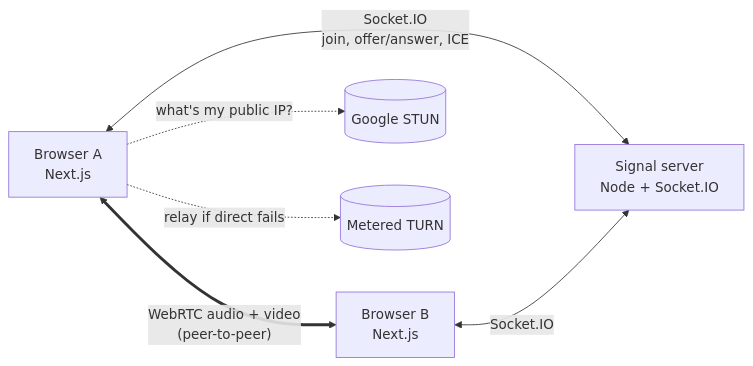
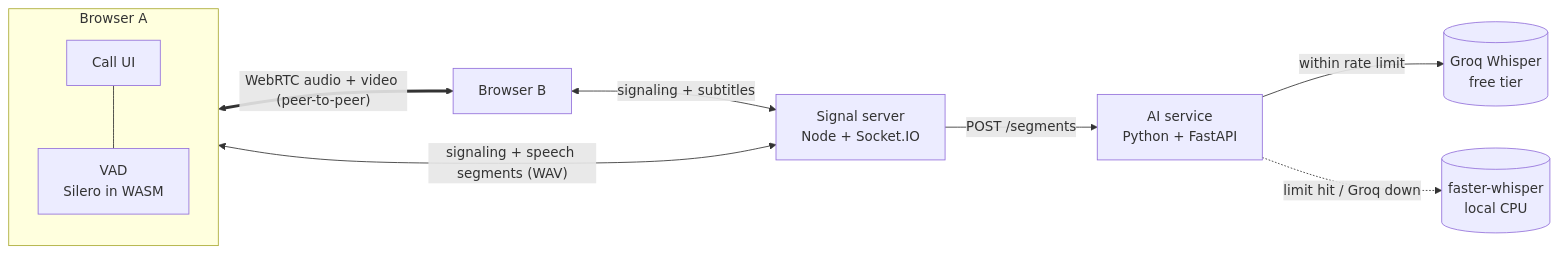
One commit to kazzi-dev/usap changed the diagram in README.md. Above: the diagram before and after it, drawn with Mermaid. The commit also changed other lines of this file and 35 other files, not shown here.

````diff
--- a/README.md
+++ b/README.md
@@ -25,8 +26,18 @@
 ```mermaid
 flowchart LR
-    A[Browser A<br/>Next.js] <-- "Socket.IO<br/>join, offer/answer, ICE" --> S[Signal server<br/>Node + Socket.IO]
-    B[Browser B<br/>Next.js] <-- "Socket.IO" --> S
-    A <== "WebRTC audio + video<br/>(peer-to-peer)" ==> B
-    A -. "what's my public IP?" .-> STUN[(Google STUN)]
-    A -. "relay if direct fails" .-> TURN[(Metered TURN)]
+    subgraph A[Browser A]
+      UI_A[Call UI] --- VAD_A[VAD<br/>Silero in WASM]
+    end
+    B[Browser B]
+    S[Signal server<br/>Node + Socket.IO]
+    AI[AI service<br/>Python + FastAPI]
+    G[(Groq Whisper<br/>free tier)]
+    L[(faster-whisper<br/>local CPU)]
+
+    A <== "WebRTC audio + video (peer-to-peer)" ==> B
+    A <-- "signaling + speech segments (WAV)" --> S
+    B <-- "signaling + subtitles" --> S
+    S -- "POST /segments" --> AI
+    AI -- "within rate limit" --> G
+    AI -. "limit hit / Groq down" .-> L
 ```
````
